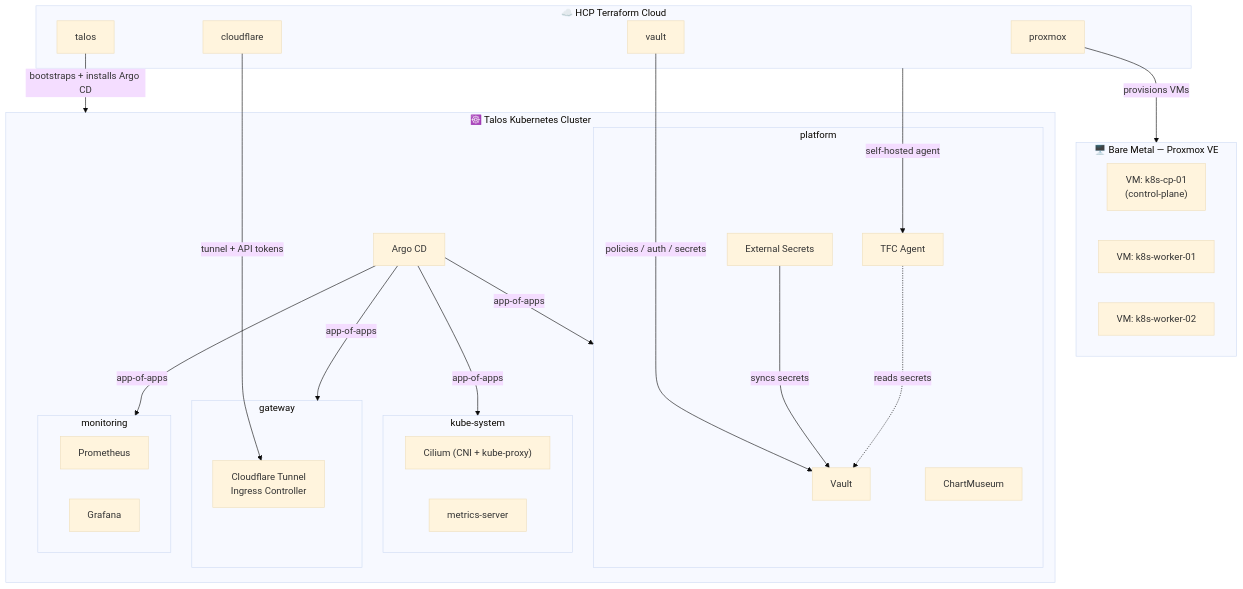
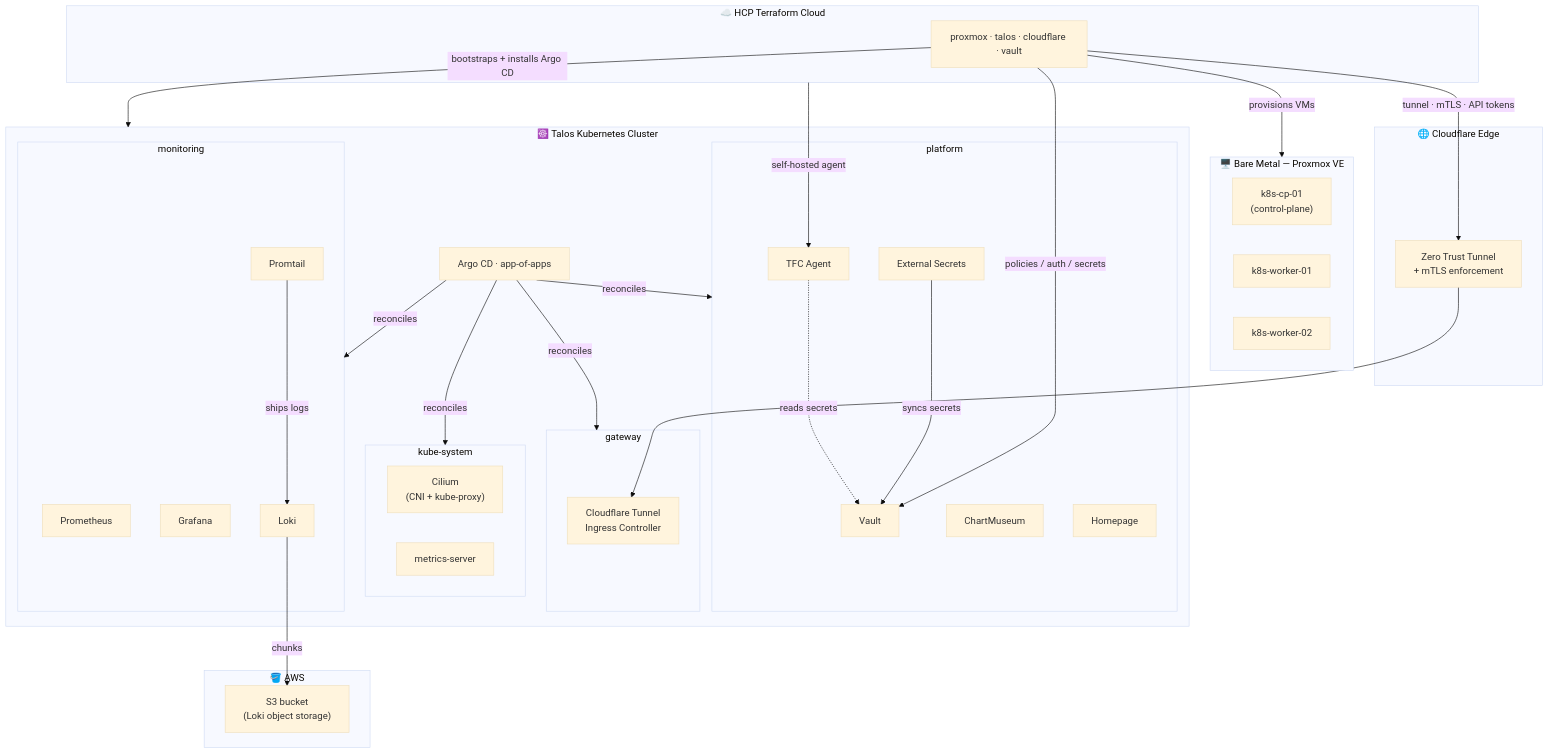
The diagram in README.md (khimnguynnn/0xk3m-homelabs), drawn with Mermaid (base theme) before and after one commit. The commit also changed other lines of this file and 1 other file, not shown here.

````diff
--- a/README.md
+++ b/README.md
@@ -11,45 +20,56 @@
 ```mermaid
 flowchart TB
-    subgraph HW["🖥️ Bare Metal — Proxmox VE"]
-        VM1["VM: k8s-cp-01<br/>(control-plane)"]
-        VM2["VM: k8s-worker-01"]
-        VM3["VM: k8s-worker-02"]
+    subgraph EDGE["🌐 Cloudflare Edge"]
+        CF["Zero Trust Tunnel<br/>+ mTLS enforcement"]
     end
 
     subgraph TFC["☁️ HCP Terraform Cloud"]
-        WS1["proxmox"]
-        WS2["talos"]
-        WS3["cloudflare"]
-        WS4["vault"]
+        WS["proxmox · talos · cloudflare · vault"]
+    end
+
+    subgraph AWS["🪣 AWS"]
+        S3["S3 bucket<br/>(Loki object storage)"]
+    end
+
+    subgraph HW["🖥️ Bare Metal — Proxmox VE"]
+        VM1["k8s-cp-01<br/>(control-plane)"]
+        VM2["k8s-worker-01"]
+        VM3["k8s-worker-02"]
     end
 
     subgraph K8S["☸️ Talos Kubernetes Cluster"]
+        ARGO["Argo CD · app-of-apps"]
         subgraph platform["platform"]
             VAULT["Vault"]
             ESO["External Secrets"]
             CM["ChartMuseum"]
             AGENT["TFC Agent"]
+            HOME["Homepage"]
         end
         subgraph kubesystem["kube-system"]
-            CILIUM["Cilium (CNI + kube-proxy)"]
+            CILIUM["Cilium<br/>(CNI + kube-proxy)"]
             METRICS["metrics-server"]
         end
         subgraph gw["gateway"]
             TUNNEL["Cloudflare Tunnel<br/>Ingress Controller"]
         end
         subgraph mon["monitoring"]
             PROM["Prometheus"]
             GRAF["Grafana"]
+            LOKI["Loki"]
+            PT["Promtail"]
         end
-        ARGO["Argo CD"]
     end
 
-    TFC -->|"self-hosted agent"| AGENT
-    WS1 -->|provisions VMs| HW
-    WS2 -->|bootstraps + installs Argo CD| K8S
-    WS3 -->|tunnel + API tokens| TUNNEL
-    WS4 -->|policies / auth / secrets| VAULT
-    ARGO -->|"app-of-apps"| platform & kubesystem & gw & mon
+    CF --> TUNNEL
+    TFC -->|self-hosted agent| AGENT
+    WS -->|provisions VMs| HW
+    WS -->|bootstraps + installs Argo CD| K8S
+    WS -->|tunnel · mTLS · API tokens| CF
+    WS -->|policies / auth / secrets| VAULT
+    ARGO -->|reconciles| platform & kubesystem & gw & mon
     ESO -->|syncs secrets| VAULT
     AGENT -.reads secrets.-> VAULT
+    PT -->|ships logs| LOKI
+    LOKI -->|chunks| S3
 ```
````
